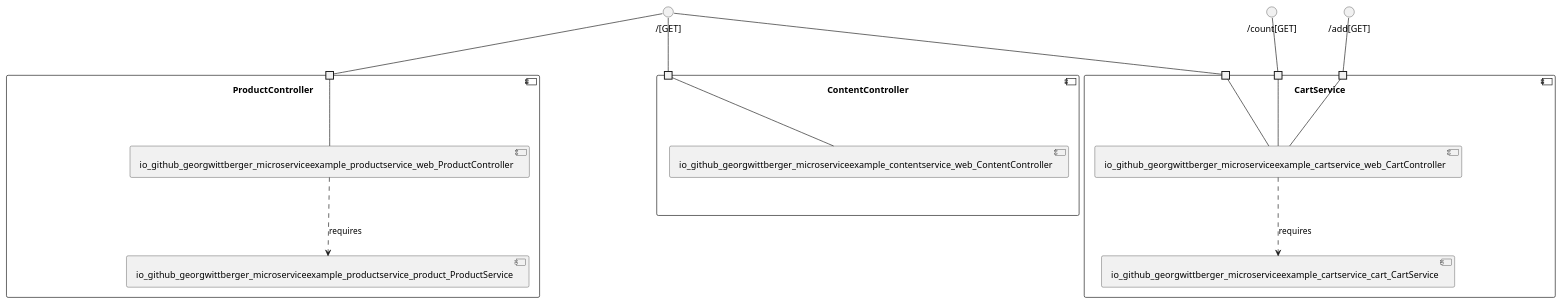
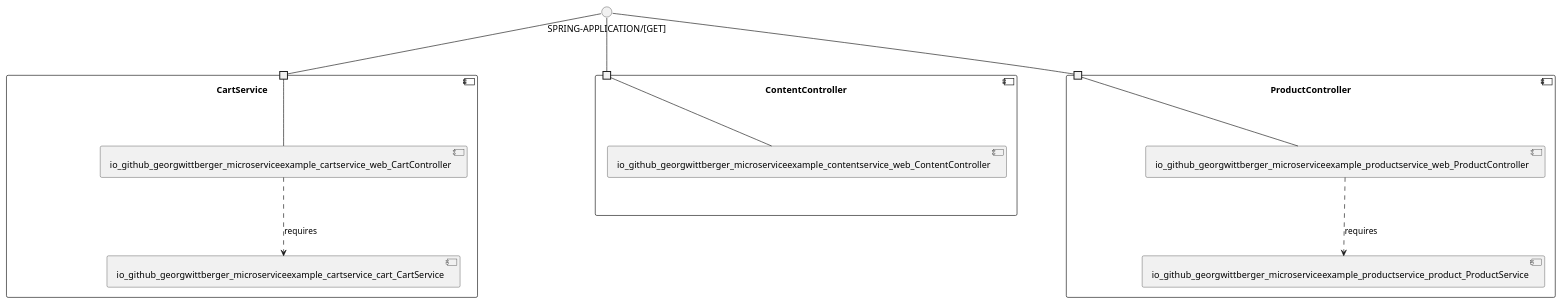
One commit to View-Based-Reverse-Engineering/Retriever-Benchmark changed the diagram in georgwittberger-apache-spring-boot-microservice-example/model_re/uml/componentDiagram.puml. Above: the diagram before and after it, drawn with PlantUML. The commit also changed 191 other files, not shown here.

```diff
--- a/georgwittberger-apache-spring-boot-microservice-example/model_re/uml/componentDiagram.puml
+++ b/georgwittberger-apache-spring-boot-microservice-example/model_re/uml/componentDiagram.puml
@@ -1,37 +1,29 @@
 @startuml
 skinparam fixCircleLabelOverlapping true
 component "CartService\n\n\n\n\n\n" {
 [io_github_georgwittberger_microserviceexample_cartservice_cart_CartService]
 [io_github_georgwittberger_microserviceexample_cartservice_web_CartController]
-portin " " as CartService.requires.__GET_
-portin " " as CartService.requires._count_GET_
-portin " " as CartService.requires._add_GET_
+portin " " as CartService.requires.SPRING_APPLICATION__GET_
 [io_github_georgwittberger_microserviceexample_cartservice_web_CartController]..>[io_github_georgwittberger_microserviceexample_cartservice_cart_CartService] : requires
-"CartService.requires.__GET_"--[io_github_georgwittberger_microserviceexample_cartservice_web_CartController]
-"CartService.requires._add_GET_"--[io_github_georgwittberger_microserviceexample_cartservice_web_CartController]
-"CartService.requires._count_GET_"--[io_github_georgwittberger_microserviceexample_cartservice_web_CartController]
+"CartService.requires.SPRING_APPLICATION__GET_"--[io_github_georgwittberger_microserviceexample_cartservice_web_CartController]
 }
-interface "/[GET]" as interface.__GET_
-interface.__GET_--"CartService.requires.__GET_"
-interface "/add[GET]" as interface._add_GET_
-interface._add_GET_--"CartService.requires._add_GET_"
-interface "/count[GET]" as interface._count_GET_
-interface._count_GET_--"CartService.requires._count_GET_"
+interface "SPRING-APPLICATION/[GET]" as interface.SPRING_APPLICATION__GET_
+interface.SPRING_APPLICATION__GET_--"CartService.requires.SPRING_APPLICATION__GET_"
 component "ContentController\n\n\n\n\n\n" {
 [io_github_georgwittberger_microserviceexample_contentservice_web_ContentController]
-portin " " as ContentController.requires.__GET_
-"ContentController.requires.__GET_"--[io_github_georgwittberger_microserviceexample_contentservice_web_ContentController]
+portin " " as ContentController.requires.SPRING_APPLICATION__GET_
+"ContentController.requires.SPRING_APPLICATION__GET_"--[io_github_georgwittberger_microserviceexample_contentservice_web_ContentController]
 }
-interface "/[GET]" as interface.__GET_
-interface.__GET_--"ContentController.requires.__GET_"
+interface "SPRING-APPLICATION/[GET]" as interface.SPRING_APPLICATION__GET_
+interface.SPRING_APPLICATION__GET_--"ContentController.requires.SPRING_APPLICATION__GET_"
 component "ProductController\n\n\n\n\n\n" {
 [io_github_georgwittberger_microserviceexample_productservice_web_ProductController]
 [io_github_georgwittberger_microserviceexample_productservice_product_ProductService]
-portin " " as ProductController.requires.__GET_
+portin " " as ProductController.requires.SPRING_APPLICATION__GET_
 [io_github_georgwittberger_microserviceexample_productservice_web_ProductController]..>[io_github_georgwittberger_microserviceexample_productservice_product_ProductService] : requires
-"ProductController.requires.__GET_"--[io_github_georgwittberger_microserviceexample_productservice_web_ProductController]
+"ProductController.requires.SPRING_APPLICATION__GET_"--[io_github_georgwittberger_microserviceexample_productservice_web_ProductController]
 }
-interface "/[GET]" as interface.__GET_
-interface.__GET_--"ProductController.requires.__GET_"
+interface "SPRING-APPLICATION/[GET]" as interface.SPRING_APPLICATION__GET_
+interface.SPRING_APPLICATION__GET_--"ProductController.requires.SPRING_APPLICATION__GET_"
 
 @enduml
```
